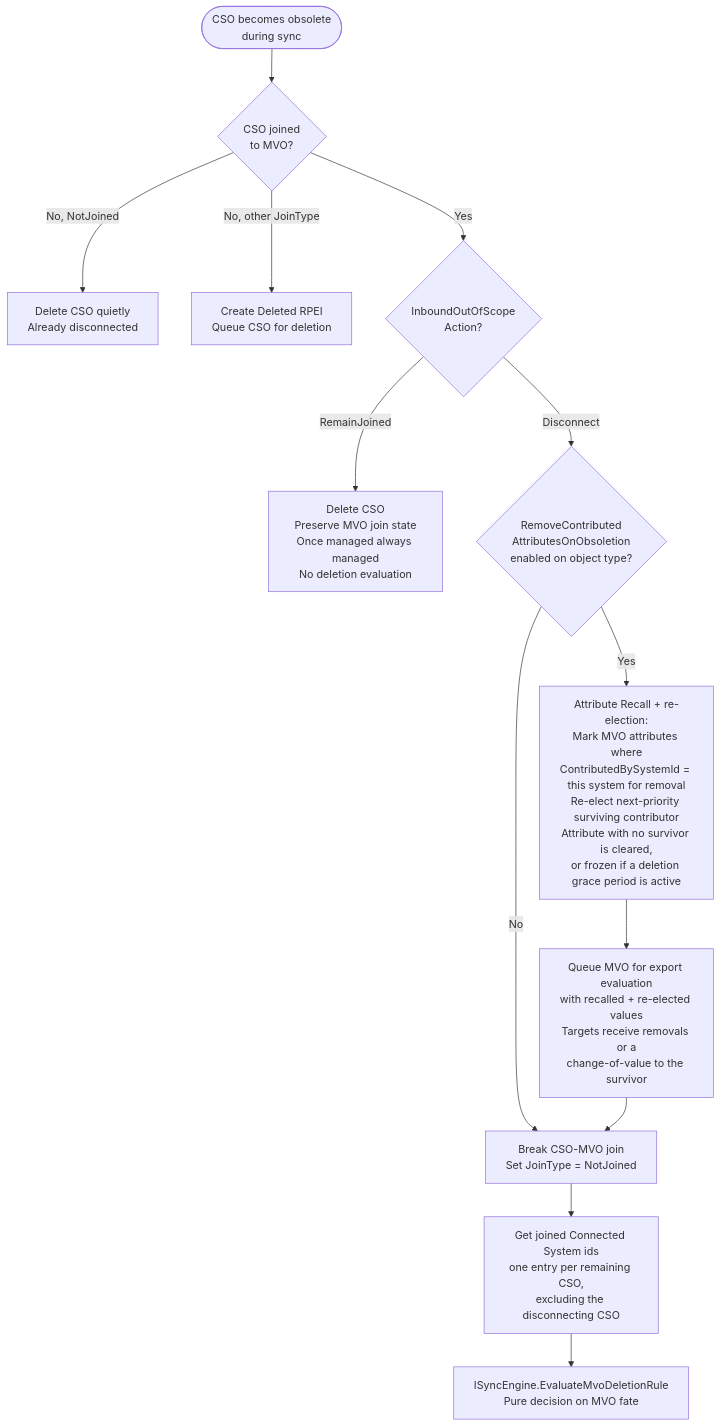
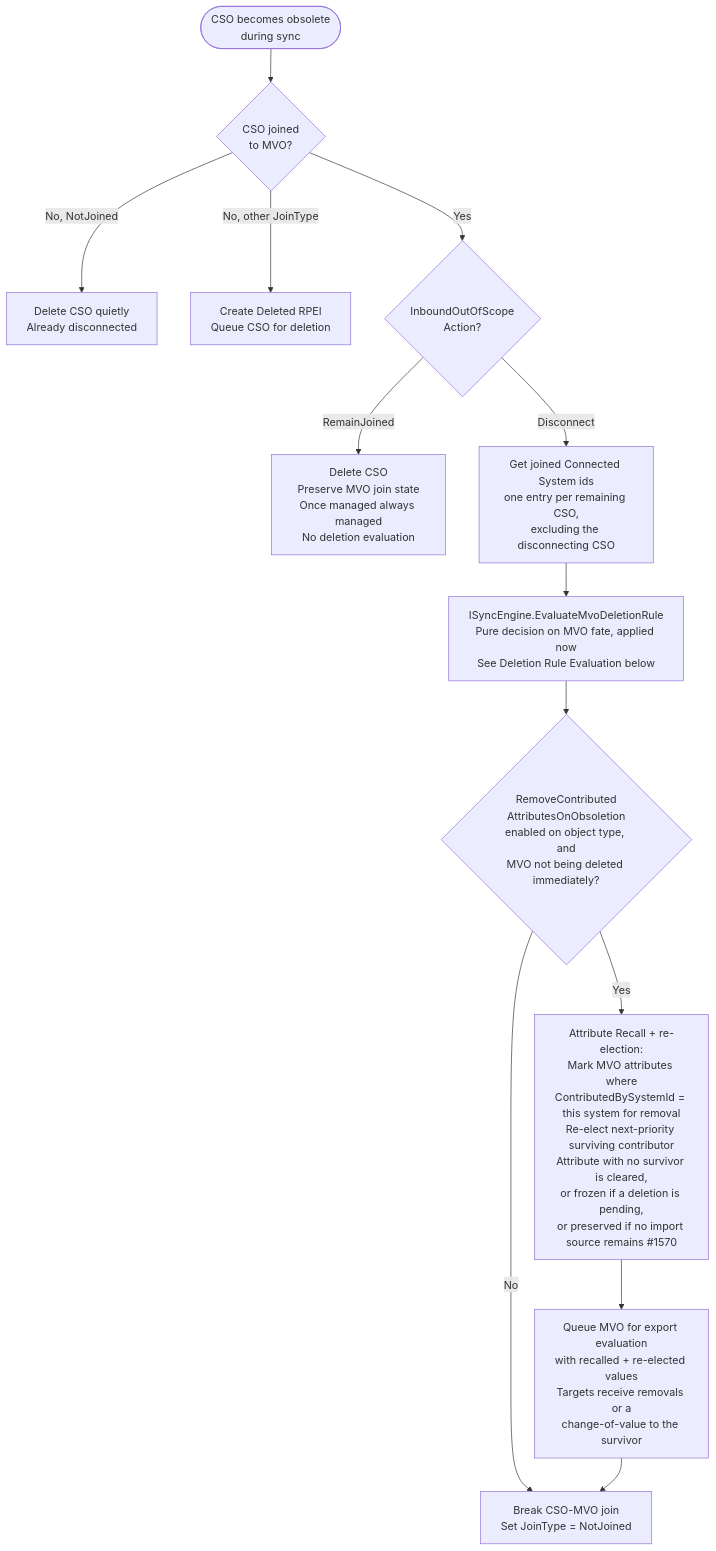
The first of 7 diagrams in docs/developer/diagrams/MVO_DELETION_AND_GRACE_PERIOD.md (TetronIO/JIM), drawn with Mermaid before and after one commit. The commit also changed other lines of this file and 49 other files, not shown here.

Commit message:
docs: update documentation, diagrams and changelog for v0.15.0 release

````diff
--- a/docs/developer/diagrams/MVO_DELETION_AND_GRACE_PERIOD.md
+++ b/docs/developer/diagrams/MVO_DELETION_AND_GRACE_PERIOD.md
@@ -30,20 +30,19 @@
 ```mermaid
 flowchart TD
     Start([CSO becomes obsolete<br/>during sync]) --> Joined{CSO joined<br/>to MVO?}
 
     Joined -->|No, NotJoined| QuietDelete[Delete CSO quietly<br/>Already disconnected]
     Joined -->|No, other JoinType| DeleteWithRPEI[Create Deleted RPEI<br/>Queue CSO for deletion]
 
     Joined -->|Yes| OosAction{InboundOutOfScope<br/>Action?}
 
     OosAction -->|RemainJoined| KeepJoin[Delete CSO<br/>Preserve MVO join state<br/>Once managed always managed<br/>No deletion evaluation]
 
-    OosAction -->|Disconnect| RemoveAttrs{RemoveContributed<br/>AttributesOnObsoletion<br/>enabled on object type?}
-    RemoveAttrs -->|Yes| RecallAttrs[Attribute Recall + re-election:<br/>Mark MVO attributes where<br/>ContributedBySystemId = this system for removal<br/>Re-elect next-priority surviving contributor<br/>Attribute with no survivor is cleared,<br/>or frozen if a deletion grace period is active]
+    OosAction -->|Disconnect| GetRemaining[Get joined Connected System ids<br/>one entry per remaining CSO,<br/>excluding the disconnecting CSO]
+    GetRemaining --> EvalDeletion[ISyncEngine.EvaluateMvoDeletionRule<br/>Pure decision on MVO fate, applied now<br/>See Deletion Rule Evaluation below]
+    EvalDeletion --> RemoveAttrs{RemoveContributed<br/>AttributesOnObsoletion<br/>enabled on object type, and<br/>MVO not being deleted immediately?}
+    RemoveAttrs -->|Yes| RecallAttrs[Attribute Recall + re-election:<br/>Mark MVO attributes where<br/>ContributedBySystemId = this system for removal<br/>Re-elect next-priority surviving contributor<br/>Attribute with no survivor is cleared,<br/>or frozen if a deletion is pending,<br/>or preserved if no import source remains #1570]
     RemoveAttrs -->|No| BreakJoin
     RecallAttrs --> QueueRecall[Queue MVO for export evaluation<br/>with recalled + re-elected values<br/>Targets receive removals or a<br/>change-of-value to the survivor]
     QueueRecall --> BreakJoin[Break CSO-MVO join<br/>Set JoinType = NotJoined]
-
-    BreakJoin --> GetRemaining[Get joined Connected System ids<br/>one entry per remaining CSO,<br/>excluding the disconnecting CSO]
-    GetRemaining --> EvalDeletion[ISyncEngine.EvaluateMvoDeletionRule<br/>Pure decision on MVO fate]
 ```
````
